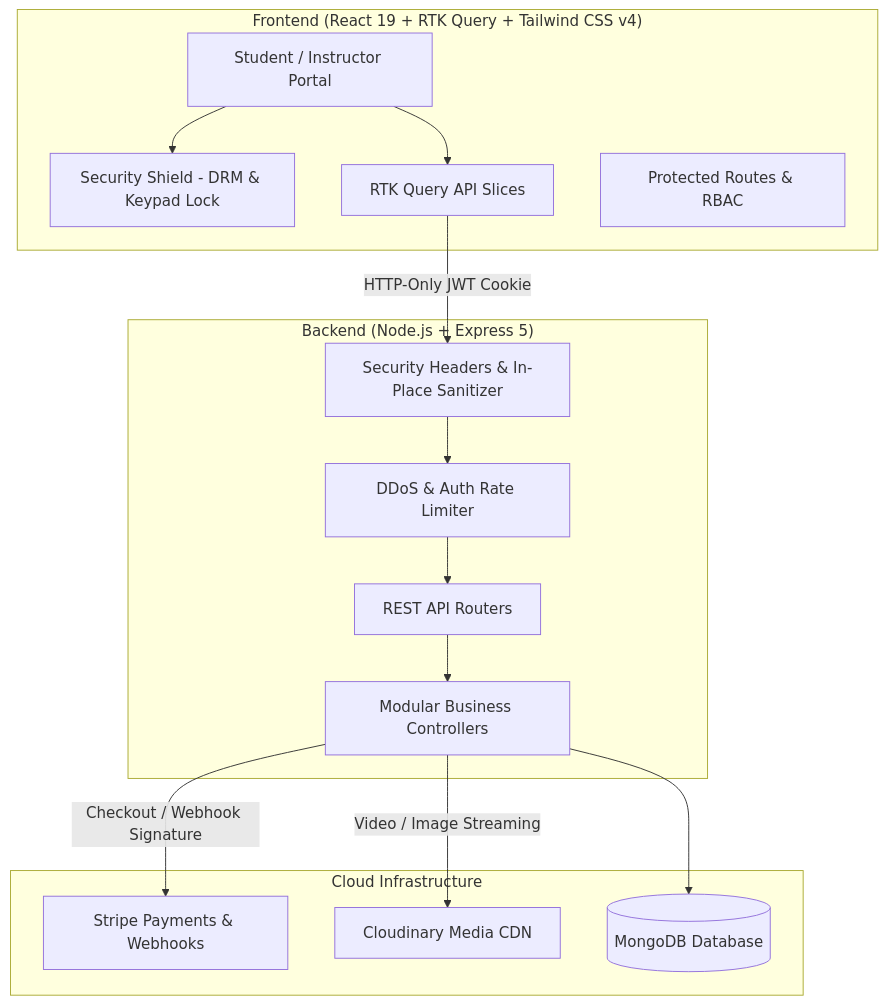
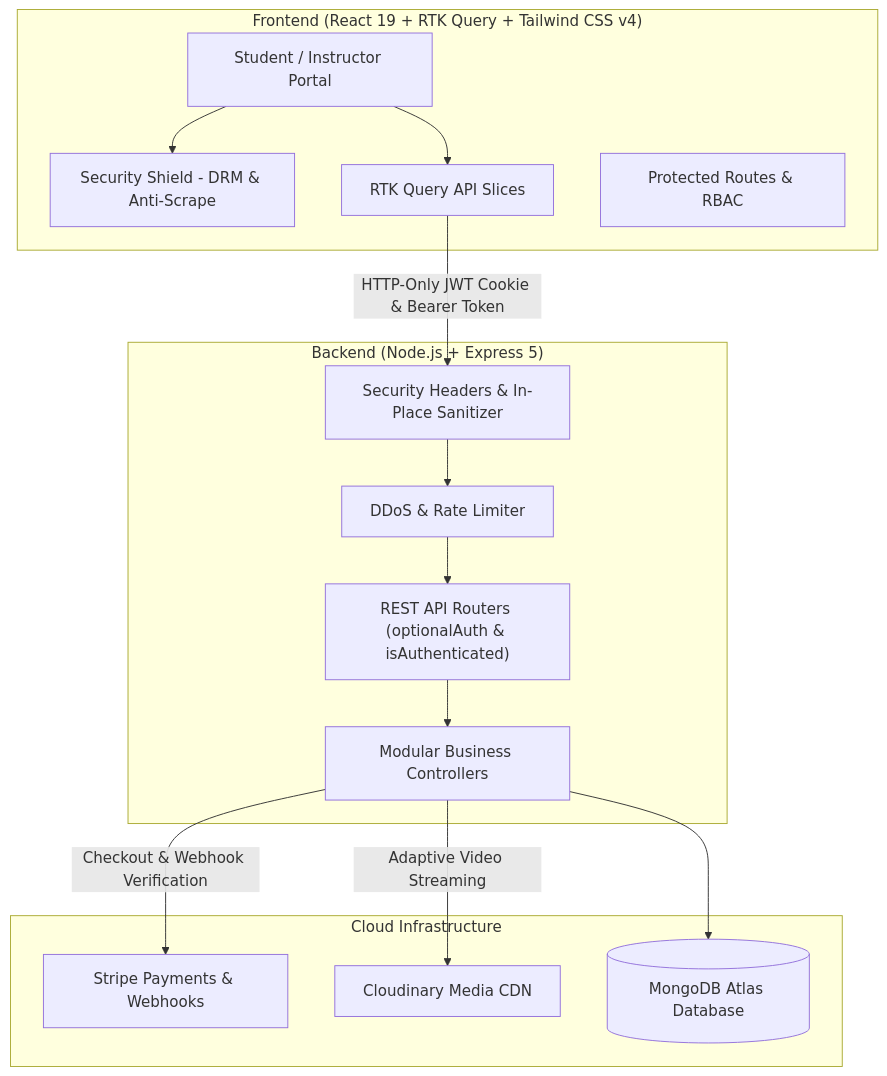
The diagram in README.md (SandeepCodes31/SkillStack), drawn with Mermaid before and after one commit. The commit also changed other lines of this file, not shown here.

Commit message:
docs: update README with test suites, 24-course catalog, and security architecture

````diff
--- a/README.md
+++ b/README.md
@@ -192,32 +245,32 @@
 ```mermaid
 flowchart TD
     subgraph Client ["Frontend (React 19 + RTK Query + Tailwind CSS v4)"]
-        UI[Student / Instructor Portal]
-        Shield[Security Shield - DRM & Keypad Lock]
-        RTK[RTK Query API Slices]
-        AuthGuard[Protected Routes & RBAC]
+        UI["Student / Instructor Portal"]
+        Shield["Security Shield - DRM & Anti-Scrape"]
+        RTK["RTK Query API Slices"]
+        AuthGuard["Protected Routes & RBAC"]
     end
 
     subgraph Server ["Backend (Node.js + Express 5)"]
-        SecMW[Security Headers & In-Place Sanitizer]
-        Limiter[DDoS & Auth Rate Limiter]
-        Router[REST API Routers]
-        Controllers[Modular Business Controllers]
+        SecMW["Security Headers & In-Place Sanitizer"]
+        Limiter["DDoS & Rate Limiter"]
+        Router["REST API Routers (optionalAuth & isAuthenticated)"]
+        Controllers["Modular Business Controllers"]
     end
 
     subgraph External ["Cloud Infrastructure"]
-        Stripe[Stripe Payments & Webhooks]
-        Cloudinary[Cloudinary Media CDN]
-        DB[(MongoDB Database)]
+        Stripe["Stripe Payments & Webhooks"]
+        Cloudinary["Cloudinary Media CDN"]
+        DB[("MongoDB Atlas Database")]
     end
 
     UI --> Shield
     UI --> RTK
-    RTK -->|HTTP-Only JWT Cookie| SecMW
+    RTK -->|HTTP-Only JWT Cookie & Bearer Token| SecMW
     SecMW --> Limiter
     Limiter --> Router
     Router --> Controllers
     Controllers --> DB
-    Controllers -->|Video / Image Streaming| Cloudinary
-    Controllers -->|Checkout / Webhook Signature| Stripe
+    Controllers -->|Adaptive Video Streaming| Cloudinary
+    Controllers -->|Checkout & Webhook Verification| Stripe
 ```
````
